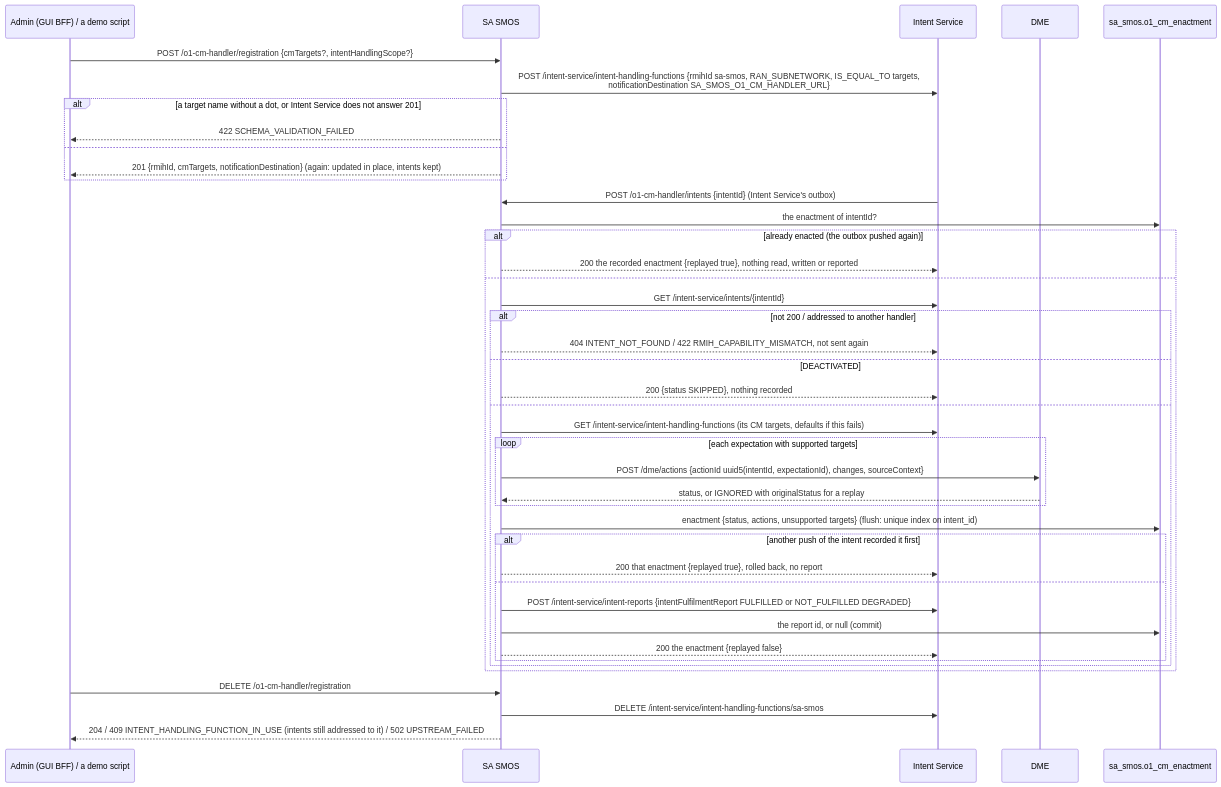
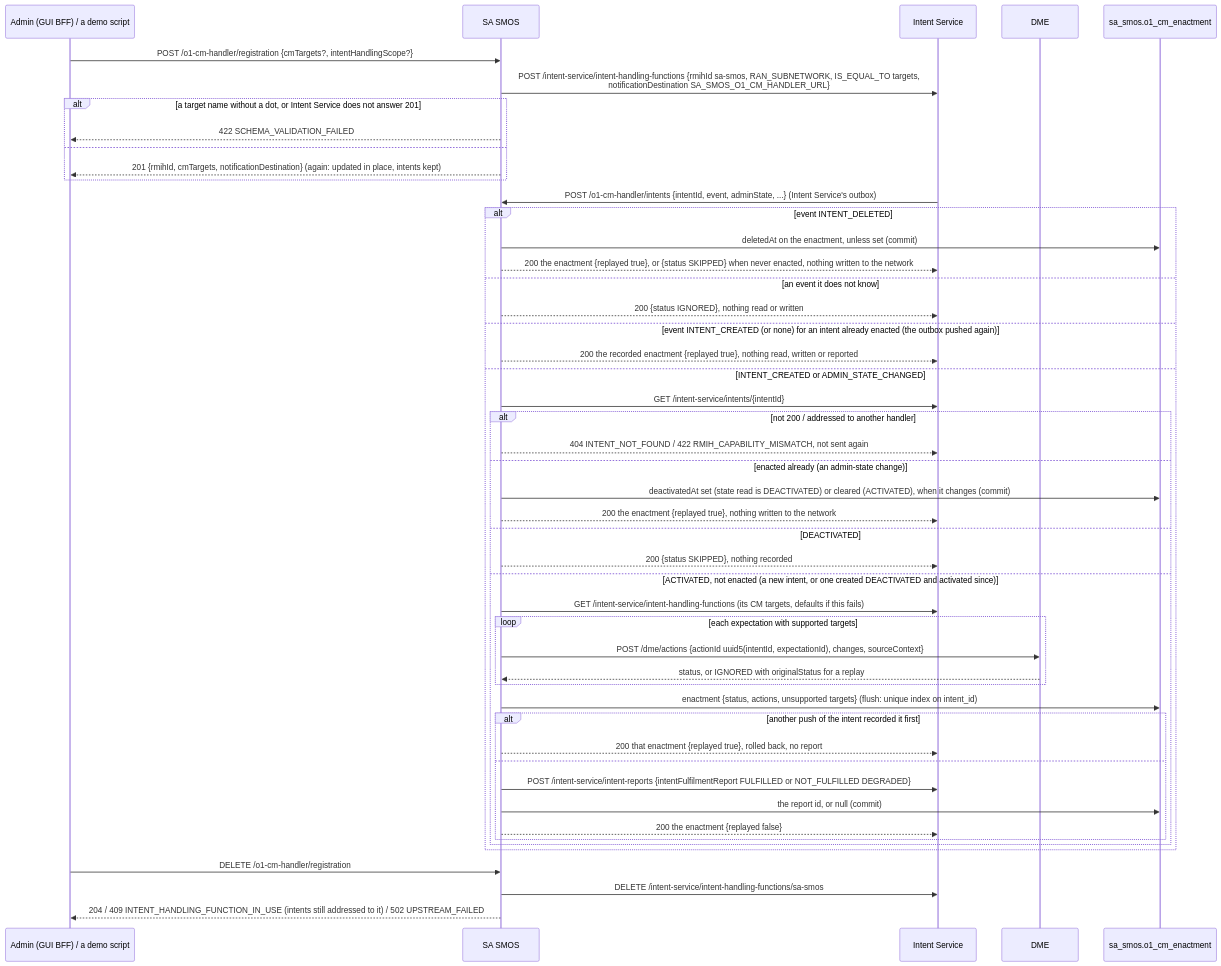
One commit to rsys-bshankar/ai-ran-smo changed the fourth of 5 diagrams in smo/sa-smos/docs/lifecycle.md. Above: the diagram before and after it, drawn with Mermaid. The commit also changed other lines of this file and 29 other files, not shown here.

````diff
--- a/smo/sa-smos/docs/lifecycle.md
+++ b/smo/sa-smos/docs/lifecycle.md
@@ -143,45 +143,52 @@
 ```mermaid
 sequenceDiagram
     participant A as Admin (GUI BFF) / a demo script
     participant SA as SA SMOS
     participant IS as Intent Service
     participant DME as DME
     participant DB as sa_smos.o1_cm_enactment
 
     A->>SA: POST /o1-cm-handler/registration {cmTargets?, intentHandlingScope?}
     SA->>IS: POST /intent-service/intent-handling-functions {rmihId sa-smos, RAN_SUBNETWORK, IS_EQUAL_TO targets,<br/>notificationDestination SA_SMOS_O1_CM_HANDLER_URL}
     alt a target name without a dot, or Intent Service does not answer 201
         SA-->>A: 422 SCHEMA_VALIDATION_FAILED
     else
         SA-->>A: 201 {rmihId, cmTargets, notificationDestination} (again: updated in place, intents kept)
     end
-    IS->>SA: POST /o1-cm-handler/intents {intentId} (Intent Service's outbox)
-    SA->>DB: the enactment of intentId?
-    alt already enacted (the outbox pushed again)
+    IS->>SA: POST /o1-cm-handler/intents {intentId, event, adminState, ...} (Intent Service's outbox)
+    alt event INTENT_DELETED
+        SA->>DB: deletedAt on the enactment, unless set (commit)
+        SA-->>IS: 200 the enactment {replayed true}, or {status SKIPPED} when never enacted, nothing written to the network
+    else an event it does not know
+        SA-->>IS: 200 {status IGNORED}, nothing read or written
+    else event INTENT_CREATED (or none) for an intent already enacted (the outbox pushed again)
         SA-->>IS: 200 the recorded enactment {replayed true}, nothing read, written or reported
-    else
+    else INTENT_CREATED or ADMIN_STATE_CHANGED
         SA->>IS: GET /intent-service/intents/{intentId}
         alt not 200 / addressed to another handler
             SA-->>IS: 404 INTENT_NOT_FOUND / 422 RMIH_CAPABILITY_MISMATCH, not sent again
+        else enacted already (an admin-state change)
+            SA->>DB: deactivatedAt set (state read is DEACTIVATED) or cleared (ACTIVATED), when it changes (commit)
+            SA-->>IS: 200 the enactment {replayed true}, nothing written to the network
         else DEACTIVATED
             SA-->>IS: 200 {status SKIPPED}, nothing recorded
-        else
+        else ACTIVATED, not enacted (a new intent, or one created DEACTIVATED and activated since)
             SA->>IS: GET /intent-service/intent-handling-functions (its CM targets, defaults if this fails)
             loop each expectation with supported targets
                 SA->>DME: POST /dme/actions {actionId uuid5(intentId, expectationId), changes, sourceContext}
                 DME-->>SA: status, or IGNORED with originalStatus for a replay
             end
             SA->>DB: enactment {status, actions, unsupported targets} (flush: unique index on intent_id)
             alt another push of the intent recorded it first
                 SA-->>IS: 200 that enactment {replayed true}, rolled back, no report
             else
                 SA->>IS: POST /intent-service/intent-reports {intentFulfilmentReport FULFILLED or NOT_FULFILLED DEGRADED}
                 SA->>DB: the report id, or null (commit)
                 SA-->>IS: 200 the enactment {replayed false}
             end
         end
     end
     A->>SA: DELETE /o1-cm-handler/registration
     SA->>IS: DELETE /intent-service/intent-handling-functions/sa-smos
     SA-->>A: 204 / 409 INTENT_HANDLING_FUNCTION_IN_USE (intents still addressed to it) / 502 UPSTREAM_FAILED
 ```
````
